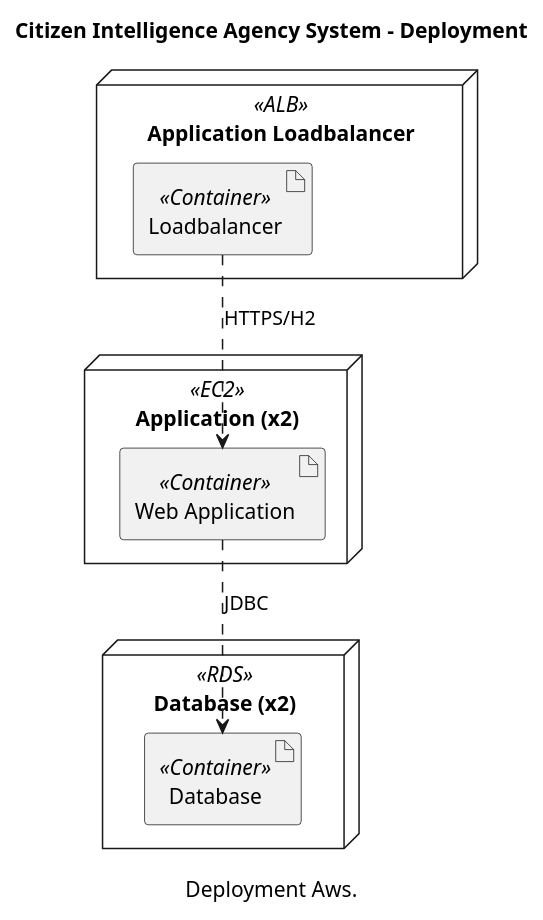
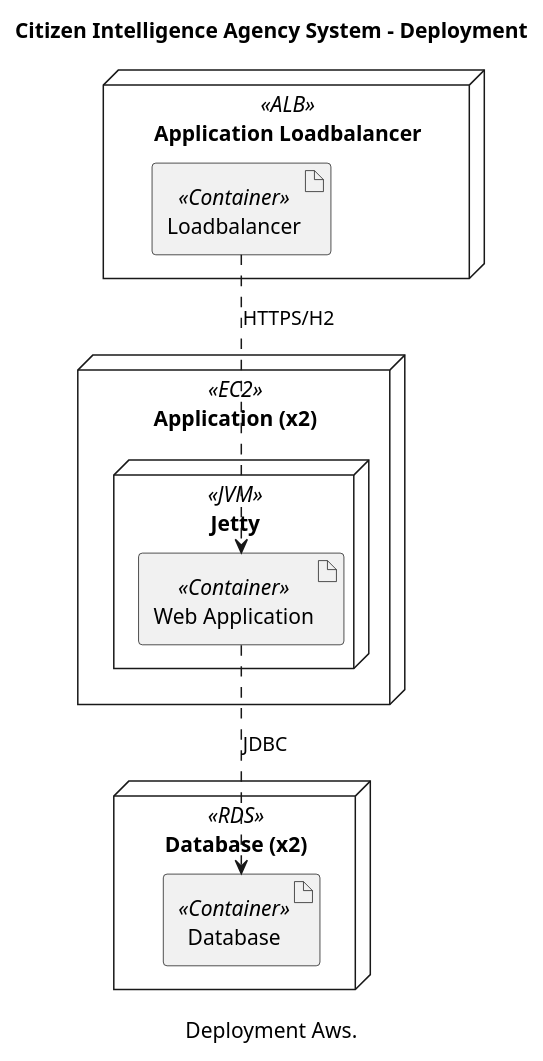
Before and after one commit to sjvs/cia: the diagram in architecture/Citizen-Intelligence-Agency-System-System-Deployment.pu, drawn with PlantUML. The commit also changed 3174 other files, not shown here.

```diff
--- a/architecture/Citizen-Intelligence-Agency-System-System-Deployment.pu
+++ b/architecture/Citizen-Intelligence-Agency-System-System-Deployment.pu
@@ -1,15 +1,17 @@
 @startuml
 title Citizen Intelligence Agency System - Deployment
 caption Deployment Aws.
-node "Application (x2)" <<EC2>> as 110 {
-  artifact "Web Application" <<Container>> as 111
+node "Application (x2)" <<EC2>> as 112 {
+  node "Jetty" <<JVM>> as 113 {
+    artifact "Web Application" <<Container>> as 114
+  }
 }
-node "Application Loadbalancer" <<ALB>> as 108 {
-  artifact "Loadbalancer" <<Container>> as 109
+node "Application Loadbalancer" <<ALB>> as 109 {
+  artifact "Loadbalancer" <<Container>> as 110
 }
-node "Database (x2)" <<RDS>> as 114 {
-  artifact "Database" <<Container>> as 115
+node "Database (x2)" <<RDS>> as 117 {
+  artifact "Database" <<Container>> as 118
 }
-109 ..> 111 : HTTPS/H2
-111 ..> 115 : JDBC
+114 ..> 118 : JDBC
+110 ..> 114 : HTTPS/H2
 @enduml
```
